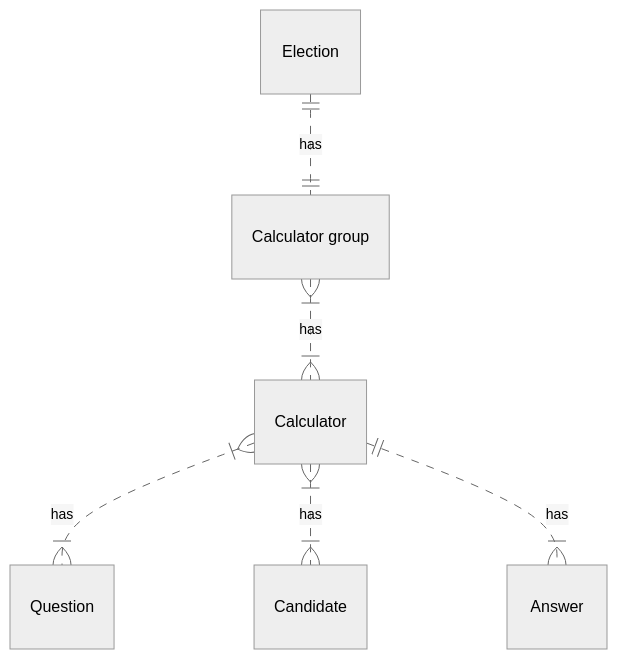
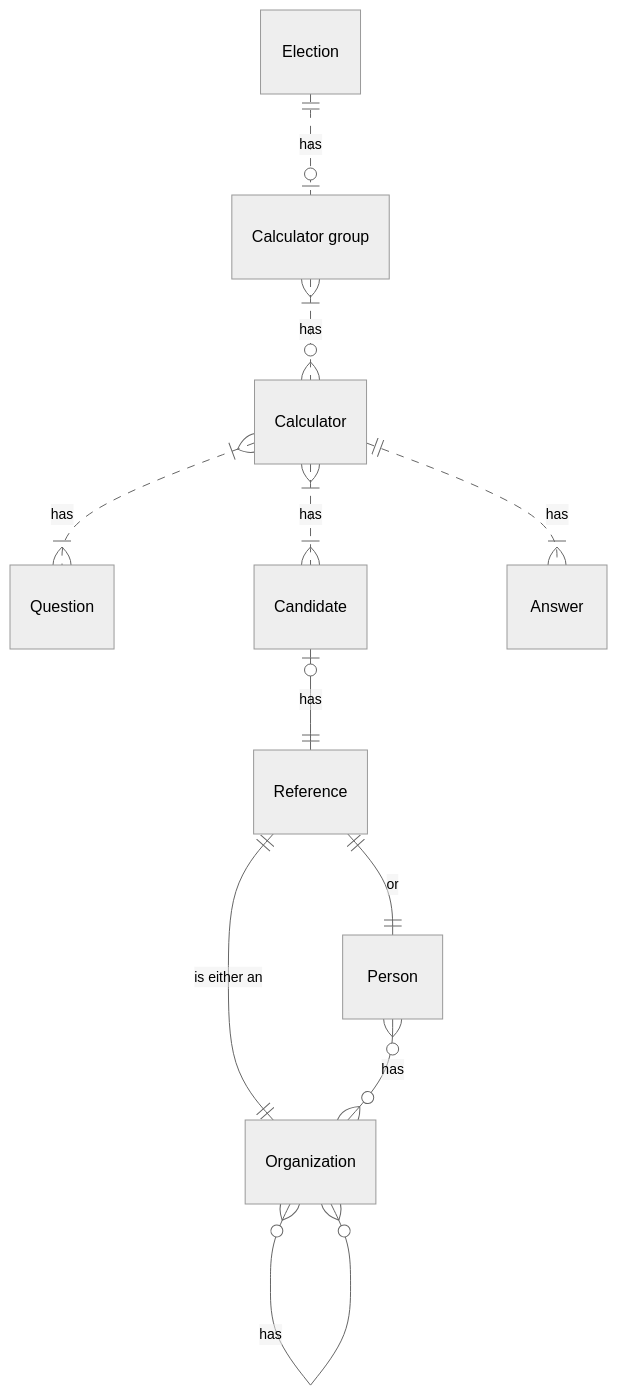
Before and after one commit to kalkulacka-one/volebni-kalkulacka-2022: the diagram in frontend/docs/data.md, drawn with Mermaid (neutral theme). The commit also changed other lines of this file, not shown here.

````diff
--- a/frontend/docs/data.md
+++ b/frontend/docs/data.md
@@ -38,8 +50,13 @@
 ```mermaid
 erDiagram
     Calculator }|..|{ Question : has
     Calculator }|..|{ Candidate : has
+    Candidate |o--|| Reference : has
+    Reference ||--|| Organization : "is either an"
+    Reference ||--|| Person : or
+    Person }o--o{ Organization : has
+    Organization }o--o{ Organization : has
     Calculator ||..|{ Answer : has
-    "Calculator group" }|..|{ Calculator : has
-    Election ||..|| "Calculator group" : has
+    "Calculator group" }|..o{ Calculator : has
+    Election ||..o| "Calculator group" : has
 ```
````
